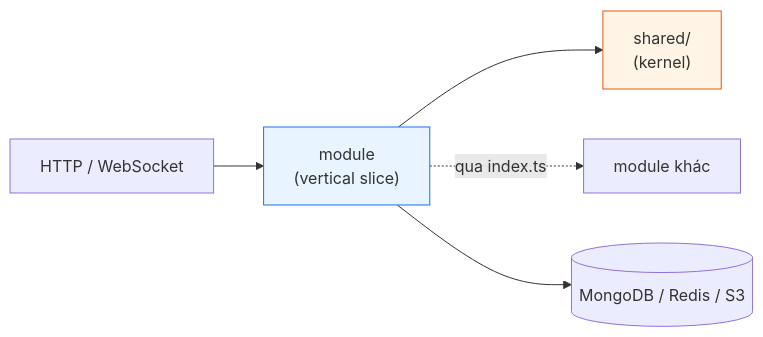
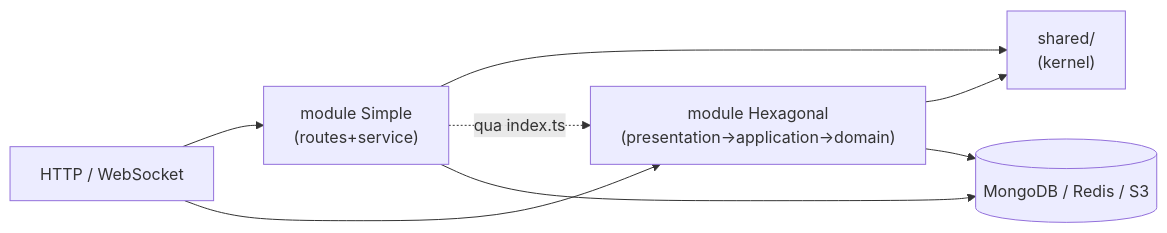
The diagram in docs/refactor/01_target_architecture.md (tieneshoabeai/AI-systems-support-detecting-and-handling-data-quality-issues), drawn with Mermaid before and after one commit. The commit also changed other lines of this file and 17 other files, not shown here.

First line of the commit message:
docs(refactor): viet lai kich ban hybrid 6 Simple + 7 Hexagonal (ADR-0002)

````diff
--- a/docs/refactor/01_target_architecture.md
+++ b/docs/refactor/01_target_architecture.md
@@ -69,10 +93,10 @@
 ```mermaid
 graph LR
-    HTTP["HTTP / WebSocket"] --> MOD["module<br/>(vertical slice)"]
-    MOD --> SHARED["shared/<br/>(kernel)"]
-    MOD -.->|"qua index.ts"| MOD2["module khác"]
-    MOD --> DB[("MongoDB / Redis / S3")]
-
-    style MOD fill:#e8f4ff,stroke:#1f6feb
-    style SHARED fill:#fff4e5,stroke:#e8590c
+    HTTP["HTTP / WebSocket"] --> MODS["module Simple<br/>(routes+service)"]
+    HTTP --> MODH["module Hexagonal<br/>(presentation→application→domain)"]
+    MODS --> SHARED["shared/<br/>(kernel)"]
+    MODH --> SHARED
+    MODS -.->|"qua index.ts"| MODH
+    MODS --> DB[("MongoDB / Redis / S3")]
+    MODH --> DB
 ```
````
